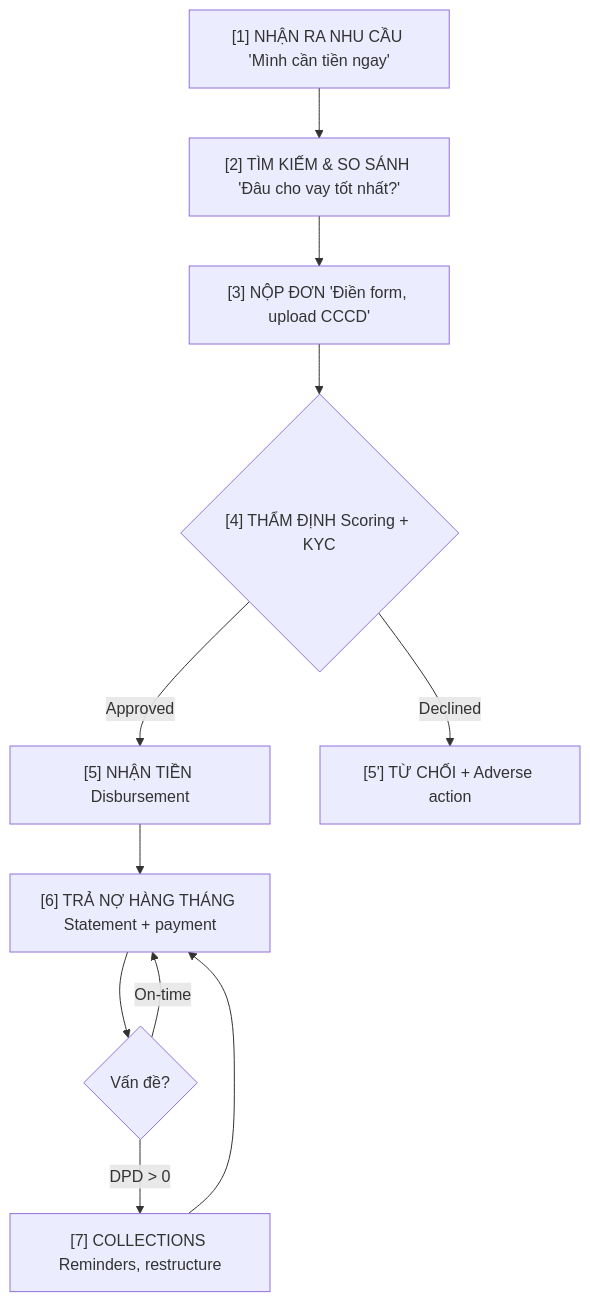
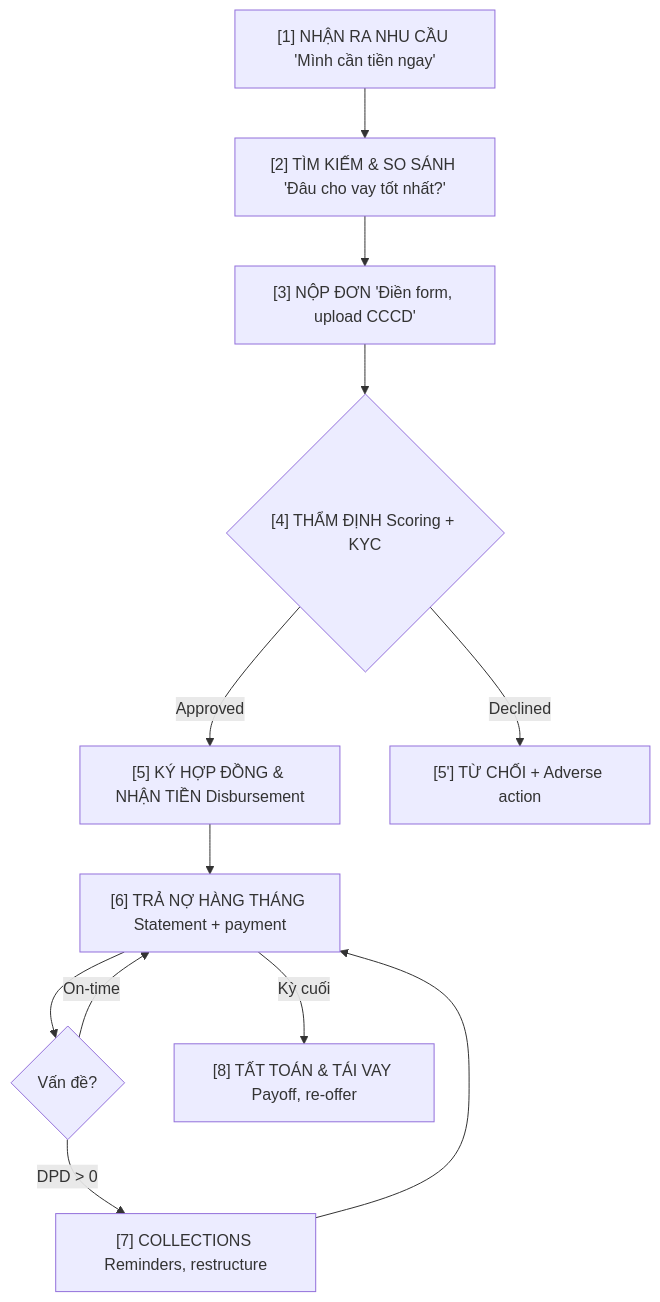
Before and after one commit to quocdinhit97/finance-and-software-engineering: the diagram in docs/products/ch04-customer-journey.md, drawn with Mermaid. The commit also changed other lines of this file and 6 other files, not shown here.

````diff
--- a/docs/products/ch04-customer-journey.md
+++ b/docs/products/ch04-customer-journey.md
@@ -32,14 +33,15 @@
 ```mermaid
 flowchart TD
     A["[1] NHẬN RA NHU CẦU 'Mình cần tiền ngay'"]
     --> B["[2] TÌM KIẾM & SO SÁNH 'Đâu cho vay tốt nhất?'"]
     --> C["[3] NỘP ĐƠN 'Điền form, upload CCCD'"]
     --> D{"[4] THẨM ĐỊNH Scoring + KYC"}
-    D -->|Approved| E["[5] NHẬN TIỀN Disbursement"]
+    D -->|Approved| E["[5] KÝ HỢP ĐỒNG & NHẬN TIỀN Disbursement"]
     D -->|Declined| F["[5'] TỪ CHỐI + Adverse action"]
     E --> G["[6] TRẢ NỢ HÀNG THÁNG Statement + payment"]
     G --> H{"Vấn đề?"}
     H -->|DPD > 0| I["[7] COLLECTIONS Reminders, restructure"]
     H -->|On-time| G
     I --> G
+    G -->|Kỳ cuối| J["[8] TẤT TOÁN & TÁI VAY Payoff, re-offer"]
 ```
````
